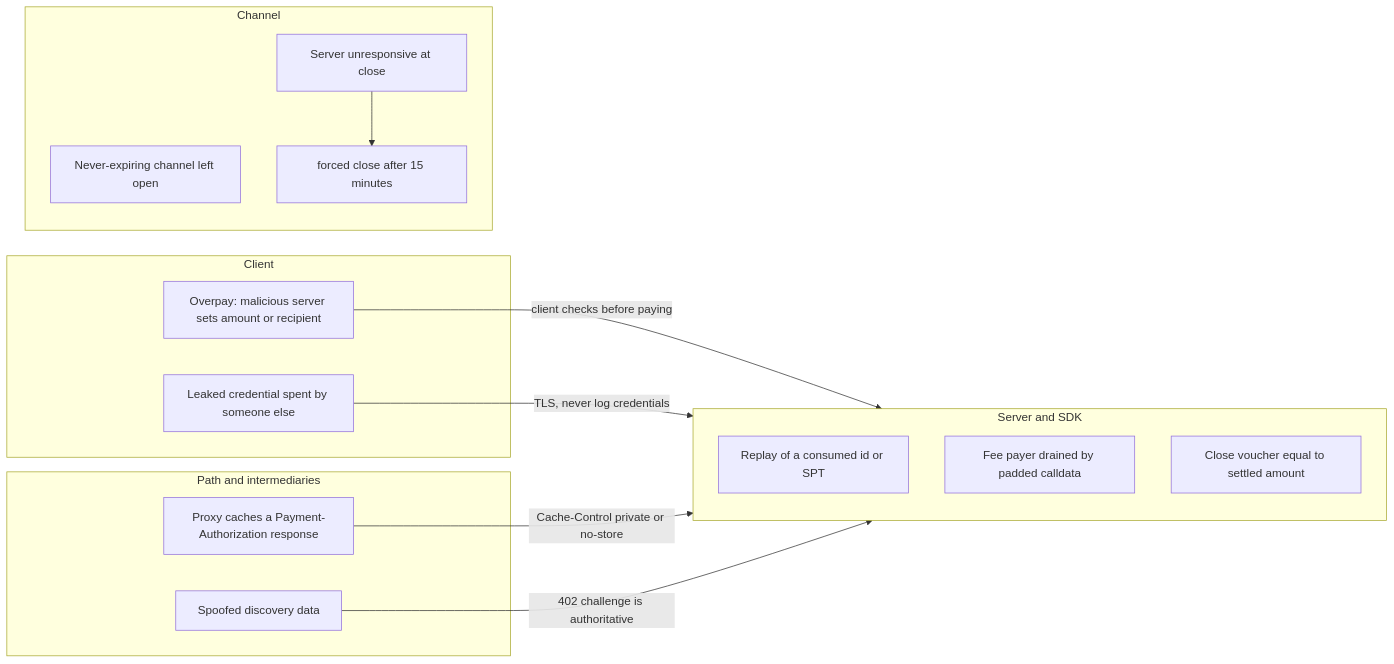
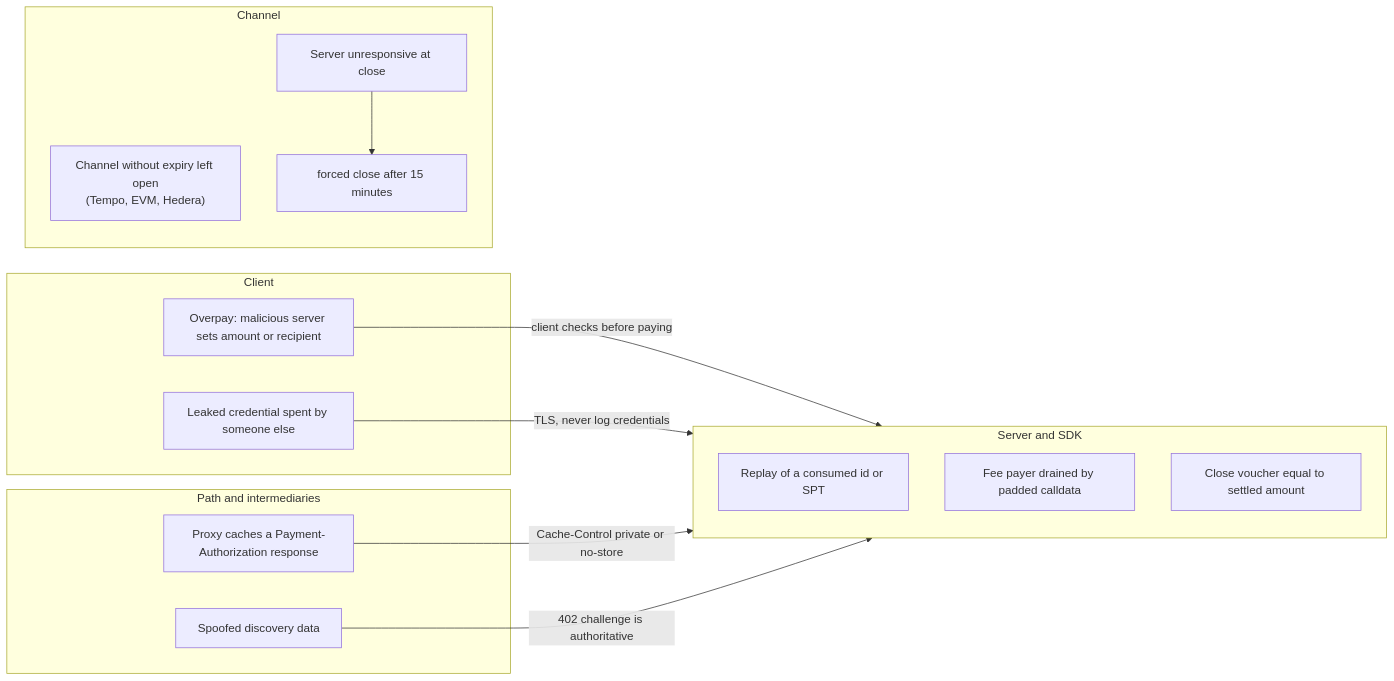
Before and after one commit to mercesAI/agentic-rails-atlas: the diagram in src/content/diagrams/stripe-mpp-attack-surface.mmd, drawn with Mermaid. The commit also changed 154 other files, not shown here.

```diff
--- a/src/content/diagrams/stripe-mpp-attack-surface.mmd
+++ b/src/content/diagrams/stripe-mpp-attack-surface.mmd
@@ -1,24 +1,24 @@
 flowchart LR
   subgraph CL["Client"]
     A1["Overpay: malicious server sets amount or recipient"]
     A2["Leaked credential spent by someone else"]
   end
   subgraph NET["Path and intermediaries"]
     A3["Proxy caches a Payment-Authorization response"]
     A4["Spoofed discovery data"]
   end
   subgraph SV["Server and SDK"]
     A5["Replay of a consumed id or SPT"]
     A6["Fee payer drained by padded calldata"]
     A7["Close voucher equal to settled amount"]
   end
   subgraph CH["Channel"]
-    A8["Never-expiring channel left open"]
+    A8["Channel without expiry left open<br/>(Tempo, EVM, Hedera)"]
     A9["Server unresponsive at close"]
     M9["forced close after 15 minutes"]
   end
   A1 -- "client checks before paying" --> SV
   A2 -- "TLS, never log credentials" --> SV
   A3 -- "Cache-Control private or no-store" --> SV
   A4 -- "402 challenge is authoritative" --> SV
   A9 --> M9
```
